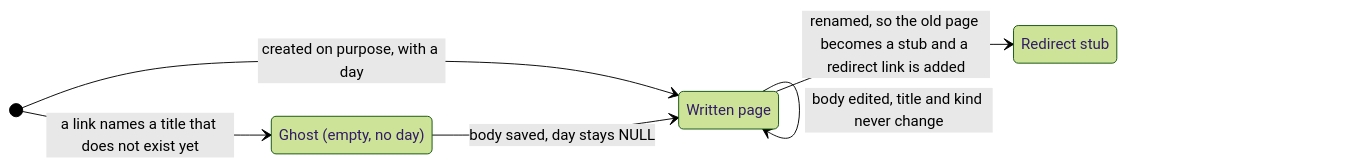
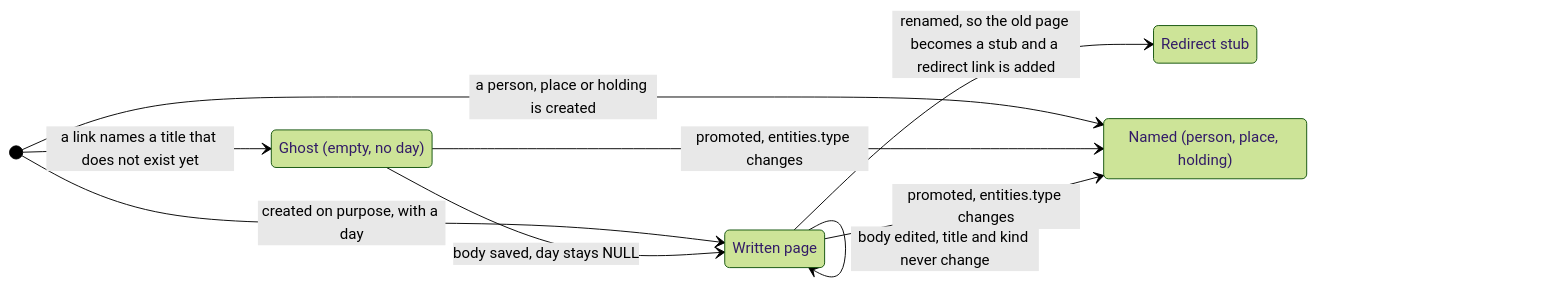
The eighth of 9 diagrams in SCHEMA.md (alexradunet/lifelogdb), drawn with Mermaid (forest theme) before and after one commit. The commit also changed other lines of this file and 49 other files, not shown here.

````diff
--- a/SCHEMA.md
+++ b/SCHEMA.md
@@ -1394,13 +1169,17 @@
 ```mermaid
 %% diagram: page-life
 stateDiagram-v2
     direction LR
     state "Ghost (empty, no day)" as Ghost
     state "Written page" as Written
     state "Redirect stub" as Stub
+    state "Named (person, place, holding)" as Named
     [*] --> Ghost: a link names a title that does not exist yet
     [*] --> Written: created on purpose, with a day
+    [*] --> Named: a person, place or holding is created
     Ghost --> Written: body saved, day stays NULL
+    Ghost --> Named: promoted, entities.type changes
+    Written --> Named: promoted, entities.type changes
     Written --> Written: body edited, title and kind never change
     Written --> Stub: renamed, so the old page becomes a stub and a redirect link is added
 ```
````
